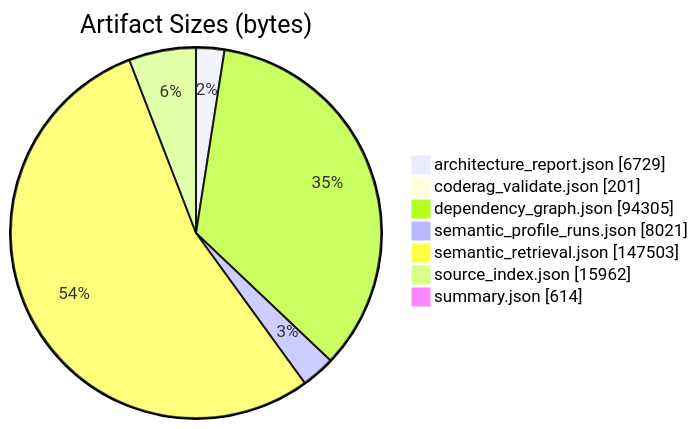
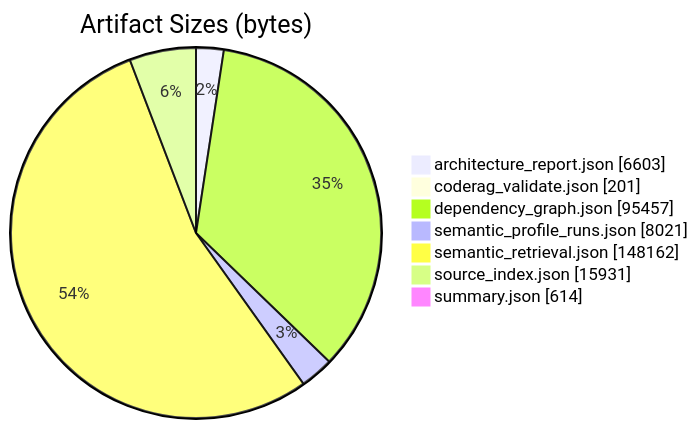
Before and after one commit to scl2bp/refactor_cli: the second of 7 diagrams in .refactor/analysis/candidates/report.md, drawn with Mermaid. The commit also changed other lines of this file and 1 other file, not shown here.

Commit message:
Update candidate analysis report with corrected artifact sizes and generation date; enhance source indexing logic for improved error handling

````diff
--- a/.refactor/analysis/candidates/report.md
+++ b/.refactor/analysis/candidates/report.md
@@ -45,11 +45,11 @@
 ```mermaid
 pie showData
   title Artifact Sizes (bytes)
-  "architecture_report.json" : 6729
+  "architecture_report.json" : 6603
   "coderag_validate.json" : 201
-  "dependency_graph.json" : 94305
+  "dependency_graph.json" : 95457
   "semantic_profile_runs.json" : 8021
-  "semantic_retrieval.json" : 147503
-  "source_index.json" : 15962
+  "semantic_retrieval.json" : 148162
+  "source_index.json" : 15931
   "summary.json" : 614
 ```
````
